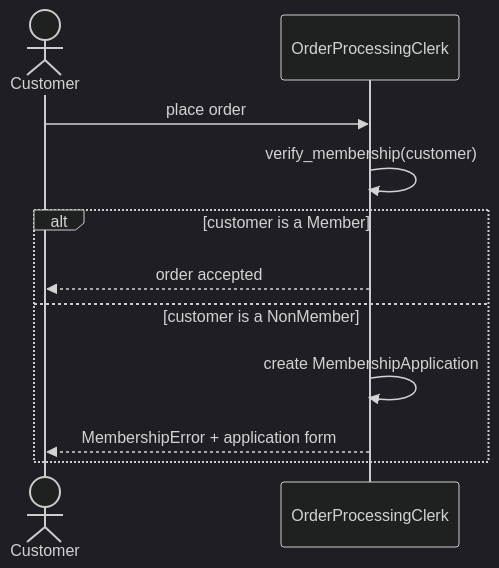
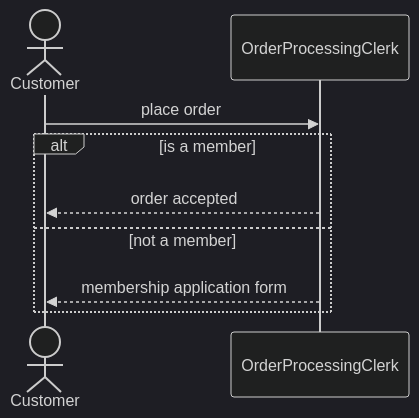
Before and after one commit to mathislepoutre1/oop-python-exercises: the sixth of 8 diagrams in 04-uml/abcd_records/README.md, drawn with Mermaid (dark theme). The commit also changed other lines of this file and 8 other files, not shown here.

````diff
--- a/04-uml/abcd_records/README.md
+++ b/04-uml/abcd_records/README.md
@@ -256,13 +212,11 @@
 ```mermaid
 sequenceDiagram
     actor C as Customer
     participant OC as OrderProcessingClerk
     C->>OC: place order
-    OC->>OC: verify_membership(customer)
-    alt customer is a Member
+    alt is a member
         OC-->>C: order accepted
-    else customer is a NonMember
-        OC->>OC: create MembershipApplication
-        OC-->>C: MembershipError + application form
+    else not a member
+        OC-->>C: membership application form
     end
 ```
````
